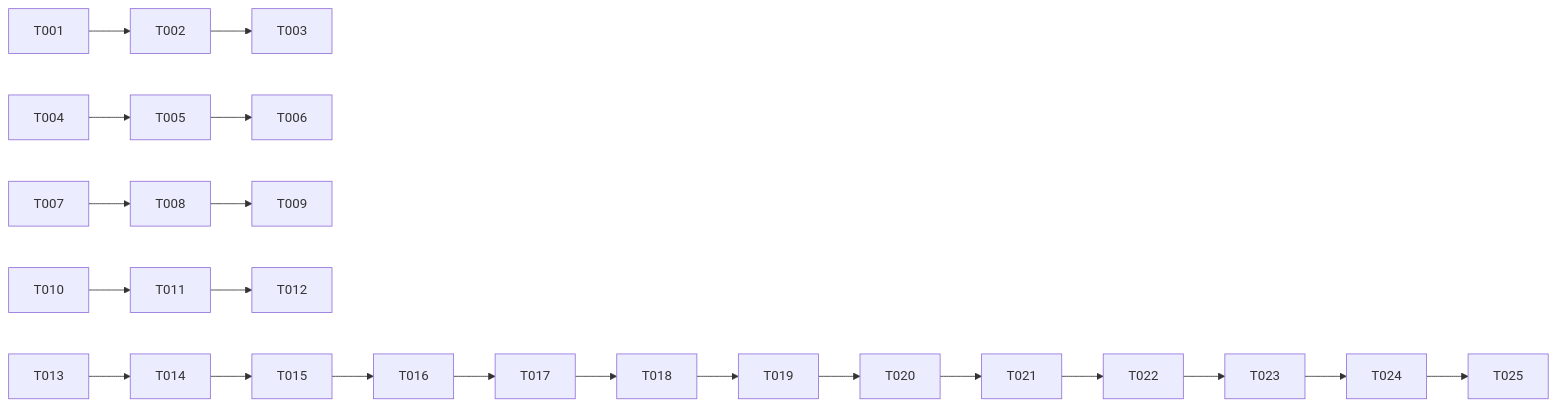
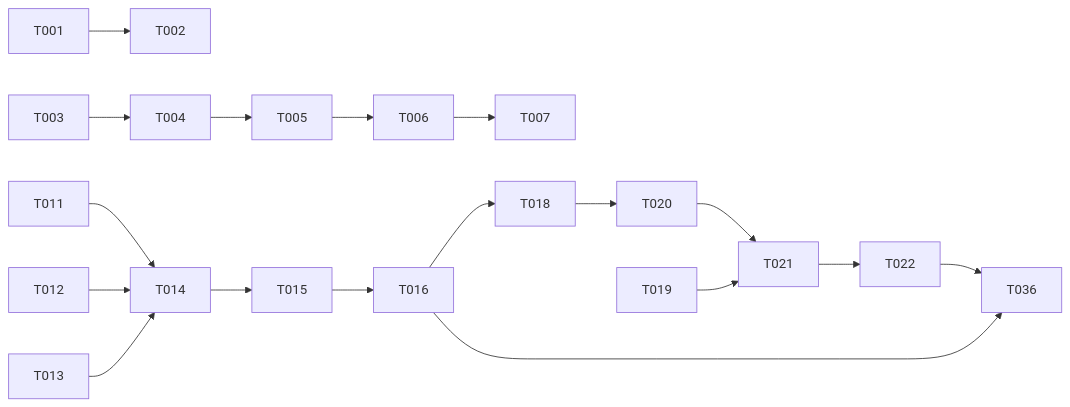
One commit to 11qaq11/TsCameraTools changed the diagram in specs/001-adb-shell-terminal-fixes/tasks.md. Above: the diagram before and after it, drawn with Mermaid. The commit also changed other lines of this file and 7 other files, not shown here.

````diff
--- a/specs/001-adb-shell-terminal-fixes/tasks.md
+++ b/specs/001-adb-shell-terminal-fixes/tasks.md
@@ -61,10 +102,13 @@
 ```mermaid
 graph LR
-  T001 --> T002 --> T003
-  T004 --> T005 --> T006
-  T007 --> T008 --> T009
-  T010 --> T011 --> T012
-  T013 --> T014 --> T015 --> T016 --> T017 --> T018 --> T019
-  T020 --> T021 --> T022 --> T023 --> T024 --> T025
-  T019 --> T020
+  T001 --> T002
+  T003 --> T004 --> T005 --> T006 --> T007
+  T011 --> T014 --> T015 --> T016
+  T012 --> T014
+  T013 --> T014
+  T018 --> T020 --> T021 --> T022
+  T019 --> T021
+  T016 --> T018
+  T022 --> T036
+  T016 --> T036
 ```
````
